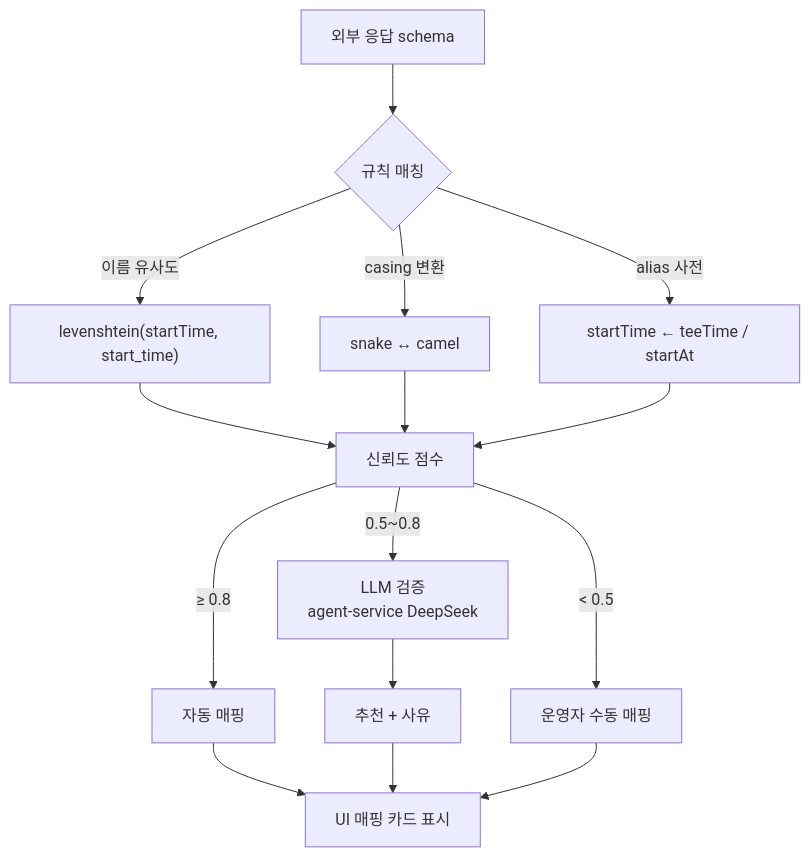
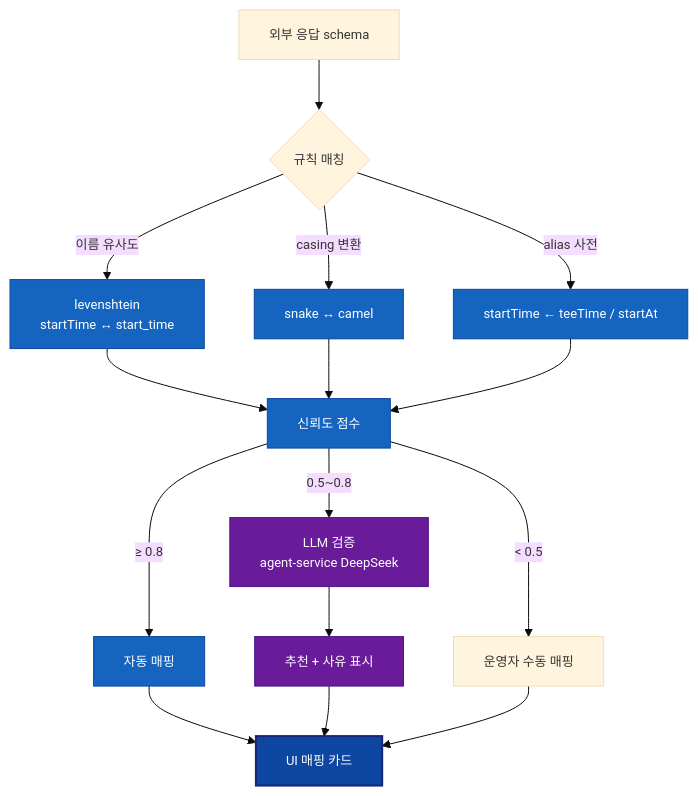
Before and after one commit to uniyous/parkgolf-platform: the tenth of 12 diagrams in docs/workflow/PARTNER_INTEGRATION.md, drawn with Mermaid. The commit also changed other lines of this file, not shown here.

````diff
--- a/docs/workflow/PARTNER_INTEGRATION.md
+++ b/docs/workflow/PARTNER_INTEGRATION.md
@@ -245,20 +422,25 @@
 ```mermaid
+%%{init: {'theme':'base','themeVariables':{'fontSize':'13px'}}}%%
 flowchart TD
-    Schema[외부 응답 schema] --> Rules{규칙 매칭}
-    Rules -->|이름 유사도| R1["levenshtein(startTime, start_time)"]
-    Rules -->|casing 변환| R2[snake ↔ camel]
+    Schema["외부 응답 schema"] --> Rules{"규칙 매칭"}
+    Rules -->|이름 유사도| R1["levenshtein<br/>startTime ↔ start_time"]
+    Rules -->|casing 변환| R2["snake ↔ camel"]
     Rules -->|alias 사전| R3["startTime ← teeTime / startAt"]
-
-    R1 --> Confidence[신뢰도 점수]
-    R2 --> Confidence
-    R3 --> Confidence
-
-    Confidence -->|≥ 0.8| AutoMap[자동 매핑]
-    Confidence -->|0.5~0.8| LLM[LLM 검증<br/>agent-service DeepSeek]
-    Confidence -->|< 0.5| Manual[운영자 수동 매핑]
-
-    LLM --> Suggest[추천 + 사유]
-    AutoMap --> UI[UI 매핑 카드 표시]
+    R1 --> Conf["신뢰도 점수"]
+    R2 --> Conf
+    R3 --> Conf
+    Conf -->|≥ 0.8| AutoMap["자동 매핑"]
+    Conf -->|0.5~0.8| LLM["LLM 검증<br/>agent-service DeepSeek"]
+    Conf -->|< 0.5| Manual["운영자 수동 매핑"]
+    LLM --> Suggest["추천 + 사유 표시"]
+    AutoMap --> UI["UI 매핑 카드"]
     Suggest --> UI
     Manual --> UI
+
+    classDef rule fill:#1565C0,color:#fff,stroke:#0D47A1
+    classDef ai fill:#6A1B9A,color:#fff,stroke:#4A148C
+    classDef ui fill:#0D47A1,color:#fff,stroke:#1A237E,stroke-width:2px
+    class R1,R2,R3,Conf,AutoMap rule
+    class LLM,Suggest ai
+    class UI ui
 ```
````
